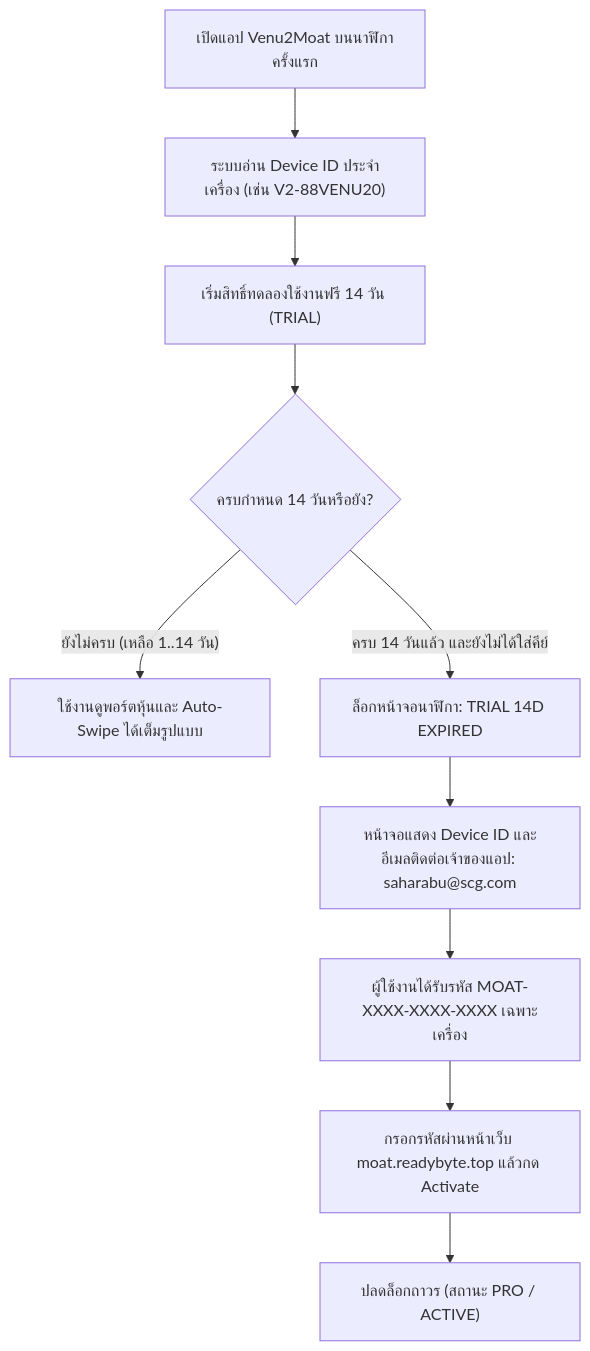
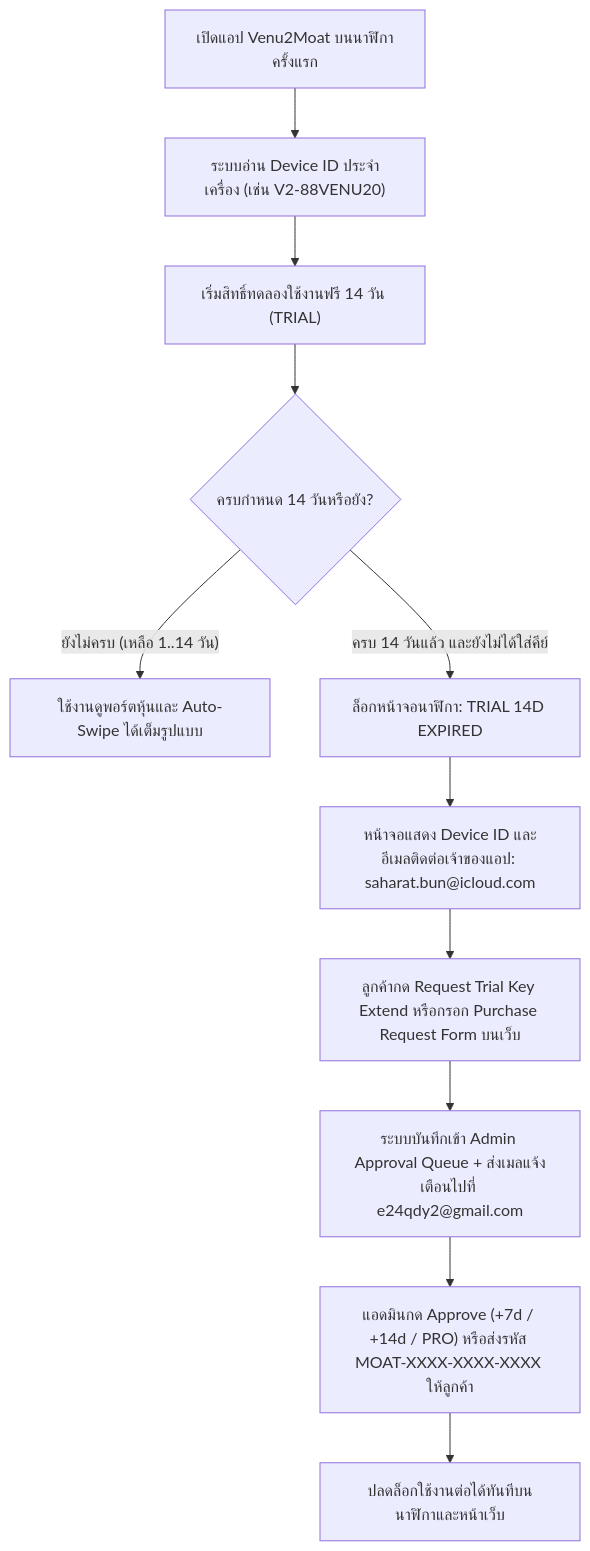
One commit to e24qdy2/garmin-venu2-moat changed the second of 2 diagrams in docs/01-USER-AND-ADMIN-MANUAL.md. Above: the diagram before and after it, drawn with Mermaid. The commit also changed other lines of this file and 19 other files, not shown here.

````diff
--- a/docs/01-USER-AND-ADMIN-MANUAL.md
+++ b/docs/01-USER-AND-ADMIN-MANUAL.md
@@ -114,12 +114,13 @@
 ```mermaid
 flowchart TD
     Start["เปิดแอป Venu2Moat บนนาฬิกาครั้งแรก"] --> GenID["ระบบอ่าน Device ID ประจำเครื่อง (เช่น V2-88VENU20)"]
     GenID --> StartTrial["เริ่มสิทธิ์ทดลองใช้งานฟรี 14 วัน (TRIAL)"]
     StartTrial --> CheckExp{"ครบกำหนด 14 วันหรือยัง?"}
     CheckExp -- "ยังไม่ครบ (เหลือ 1..14 วัน)" --> Unlocked["ใช้งานดูพอร์ตหุ้นและ Auto-Swipe ได้เต็มรูปแบบ"]
     CheckExp -- "ครบ 14 วันแล้ว และยังไม่ได้ใส่คีย์" --> Locked["ล็อกหน้าจอนาฬิกา: TRIAL 14D EXPIRED"]
-    Locked --> Contact["หน้าจอแสดง Device ID และอีเมลติดต่อเจ้าของแอป: saharabu@scg.com"]
-    Contact --> ReceiveKey["ผู้ใช้งานได้รับรหัส MOAT-XXXX-XXXX-XXXX เฉพาะเครื่อง"]
-    ReceiveKey --> Activate["กรอกรหัสผ่านหน้าเว็บ moat.readybyte.top แล้วกด Activate"]
-    Activate --> Pro["ปลดล็อกถาวร (สถานะ PRO / ACTIVE)"]
+    Locked --> Contact["หน้าจอแสดง Device ID และอีเมลติดต่อเจ้าของแอป: saharat.bun@icloud.com"]
+    Contact --> RequestForm["ลูกค้ากด Request Trial Key Extend หรือกรอก Purchase Request Form บนเว็บ"]
+    RequestForm --> MailNotify["ระบบบันทึกเข้า Admin Approval Queue + ส่งเมลแจ้งเตือนไปที่ e24qdy2@gmail.com"]
+    MailNotify --> AdminApprove["แอดมินกด Approve (+7d / +14d / PRO) หรือส่งรหัส MOAT-XXXX-XXXX-XXXX ให้ลูกค้า"]
+    AdminApprove --> Pro["ปลดล็อกใช้งานต่อได้ทันทีบนนาฬิกาและหน้าเว็บ"]
 ```
````
